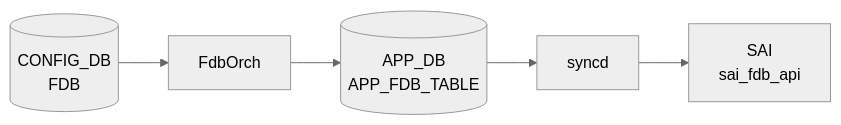
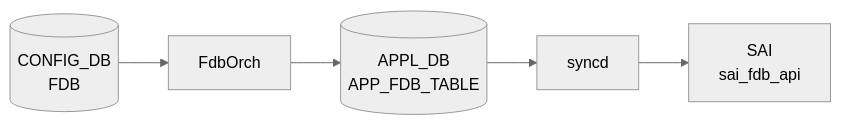
The first of 2 diagrams in docs/reference/config-db/fdb.md (aoki-taquan/sonic-unofficial-docs), drawn with Mermaid (neutral theme) before and after one commit. The commit also changed 91 other files, not shown here.

First line of the commit message:
fix(review-067): APP_DB→APPL_DB in mermaid labels; exclude APPL_DB pages from auto-gen

````diff
--- a/docs/reference/config-db/fdb.md
+++ b/docs/reference/config-db/fdb.md
@@ -38,12 +38,12 @@
 ```mermaid
 flowchart LR
   CDB[("CONFIG_DB<br/>FDB")]
   DM["FdbOrch"]
   CDB --> DM
-  APPDB[("APP_DB<br/>APP_FDB_TABLE")]
+  APPDB[("APPL_DB<br/>APP_FDB_TABLE")]
   DM --> APPDB
   SYNCD["syncd"]
   APPDB --> SYNCD
   SAI["SAI<br/>sai_fdb_api"]
   SYNCD --> SAI
 ```
````
